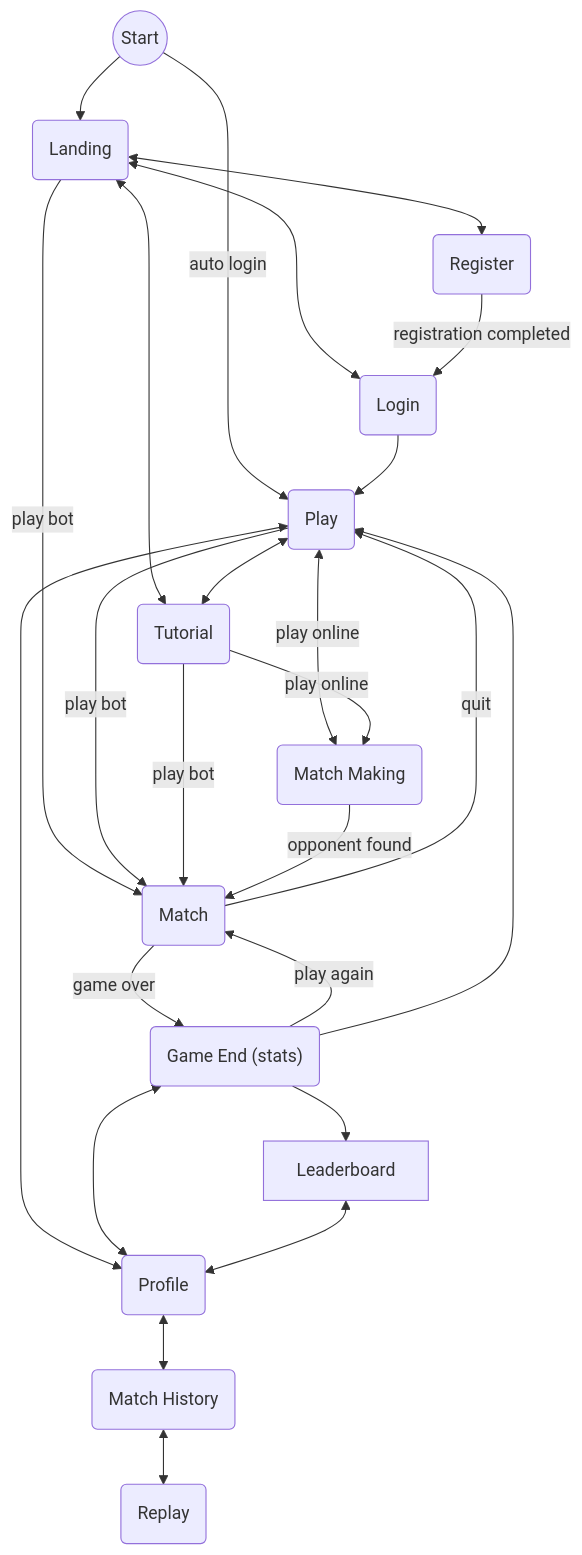
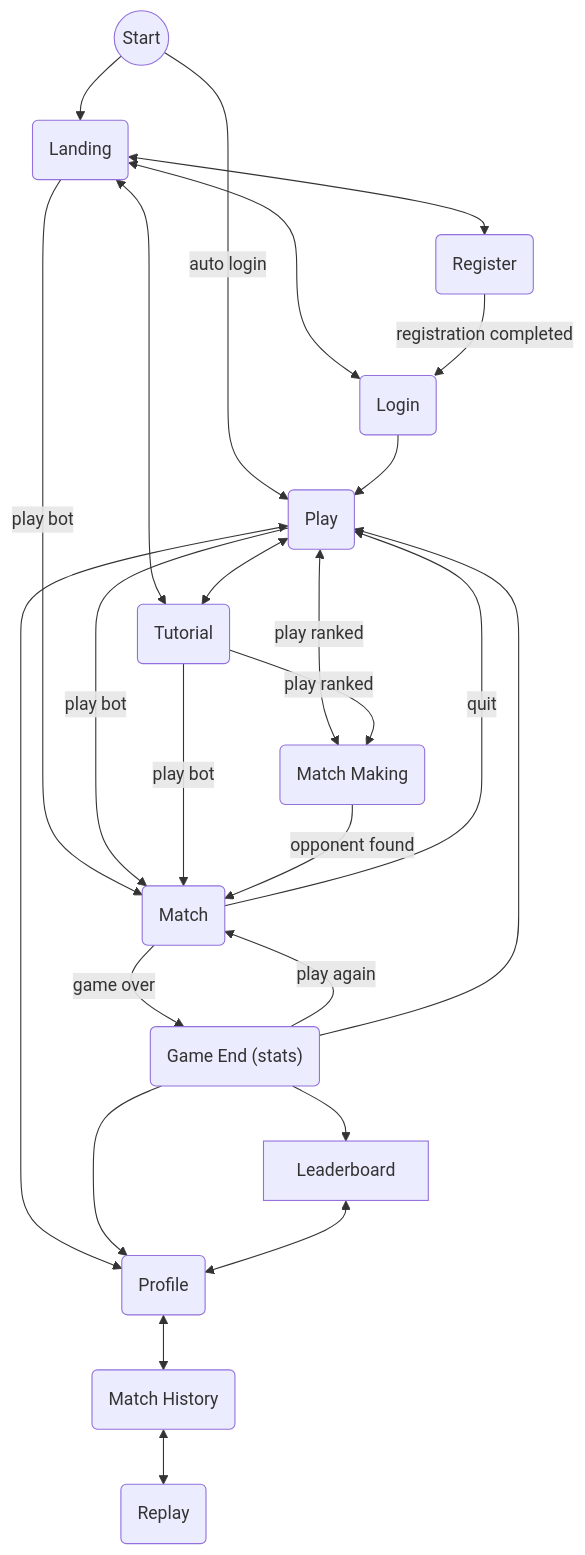
One commit to AndreaB2000/ASW-project changed the diagram in docs/uml/pages-flow.md. Above: the diagram before and after it, drawn with Mermaid.

Commit message:
docs(pagesflow): change name online -> ranked

````diff
--- a/docs/uml/pages-flow.md
+++ b/docs/uml/pages-flow.md
@@ -3,27 +3,27 @@
 ```mermaid
 flowchart TD
     A@{ shape: circle, label: "Start" } -->|auto login| Play(Play)
     A@{ shape: circle, label: "Start" } --> Landing(Landing)
     Landing <--> Login(Login)
     Landing <--> Register(Register)
     Landing <--> Tutorial(Tutorial)
     Landing -->|play bot| Match
     Register -->|registration completed| Login
     Login --> Play
     Play <--> Tutorial(Tutorial)
-    Play <-->|play online| MatchMaking(Match Making)
+    Play <-->|play ranked| MatchMaking(Match Making)
     Play -->|play bot| Match
     Play <--> Profile(Profile)
-    Tutorial -->|play online| MatchMaking
+    Tutorial -->|play ranked| MatchMaking
     Tutorial -->|play bot| Match
     MatchMaking -->|opponent found| Match(Match)
     Match -->|quit| Play
     Match -->|game over| GameEnd("Game End (stats)")
     GameEnd -->|play again| Match
     GameEnd --> Play
     GameEnd --> Leaderboard
-    GameEnd <--> Profile
+    GameEnd --> Profile
     Leaderboard <--> Profile
     Profile <--> MatchHistory(Match History)
     MatchHistory <--> Replay(Replay)
 ```
````
